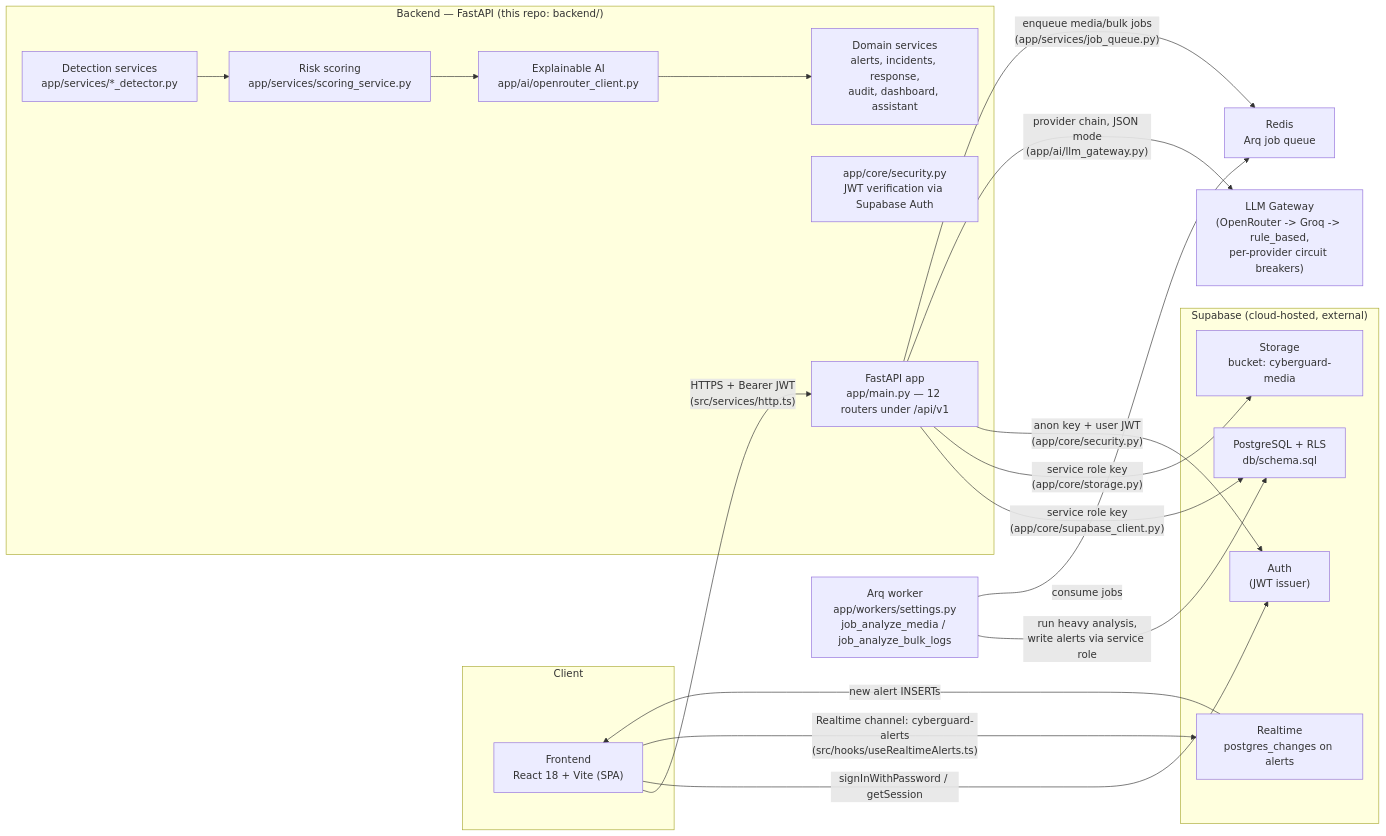
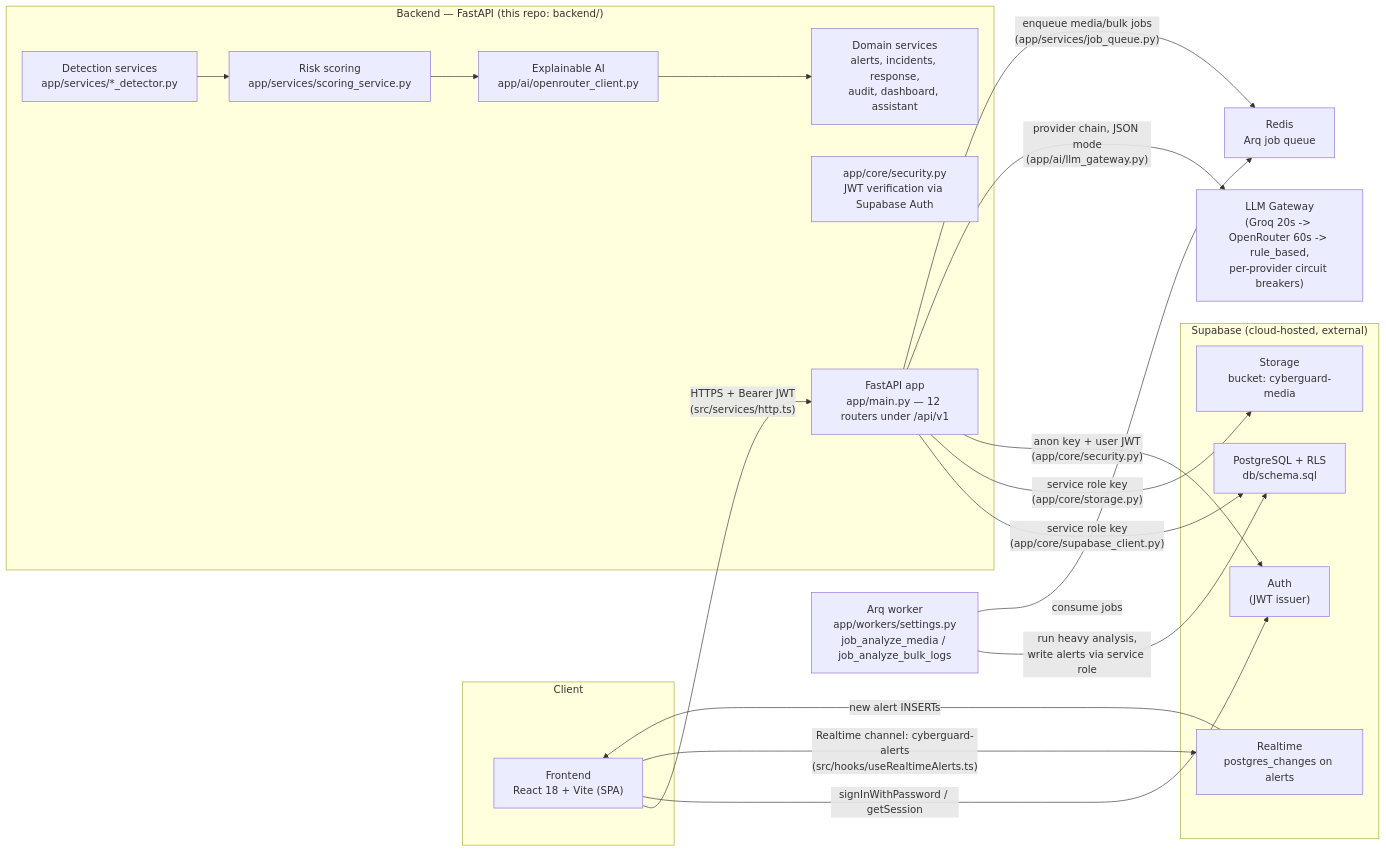
The diagram in backend/docs/architecture.md (chandan000000001/Hack_thon_bput), drawn with Mermaid before and after one commit. The commit also changed other lines of this file and 8 other files, not shown here.

Commit message:
Reorder LLM provider chain: Groq 20s -> OpenRouter 60s -> rule-based (code, env defaults, docs)

````diff
--- a/backend/docs/architecture.md
+++ b/backend/docs/architecture.md
@@ -7,39 +7,39 @@
 ```mermaid
 flowchart LR
     subgraph Client
         FE["Frontend\nReact 18 + Vite (SPA)"]
     end
 
     subgraph Backend["Backend — FastAPI (this repo: backend/)"]
         API["FastAPI app\napp/main.py — 12 routers under /api/v1"]
         SEC["app/core/security.py\nJWT verification via Supabase Auth"]
         DET["Detection services\napp/services/*_detector.py"]
         SCORE["Risk scoring\napp/services/scoring_service.py"]
         XAI["Explainable AI\napp/ai/openrouter_client.py"]
         SVC["Domain services\nalerts, incidents, response,\naudit, dashboard, assistant"]
     end
 
     subgraph Supabase["Supabase (cloud-hosted, external)"]
         AUTH["Auth\n(JWT issuer)"]
         DB["PostgreSQL + RLS\ndb/schema.sql"]
         STO["Storage\nbucket: cyberguard-media"]
         RT["Realtime\npostgres_changes on alerts"]
     end
 
-    LLM["LLM Gateway\n(OpenRouter -> Groq -> rule_based,\nper-provider circuit breakers)"]
+    LLM["LLM Gateway\n(Groq 20s -> OpenRouter 60s -> rule_based,\nper-provider circuit breakers)"]
     REDIS["Redis\nArq job queue"]
     WORKER["Arq worker\napp/workers/settings.py\njob_analyze_media / job_analyze_bulk_logs"]
 
     FE -- "HTTPS + Bearer JWT\n(src/services/http.ts)" --> API
     FE -- "signInWithPassword / getSession" --> AUTH
     FE -- "Realtime channel: cyberguard-alerts\n(src/hooks/useRealtimeAlerts.ts)" --> RT
     API -- "service role key\n(app/core/supabase_client.py)" --> DB
     API -- "service role key\n(app/core/storage.py)" --> STO
     API -- "anon key + user JWT\n(app/core/security.py)" --> AUTH
     API -- "provider chain, JSON mode\n(app/ai/llm_gateway.py)" --> LLM
     API -- "enqueue media/bulk jobs\n(app/services/job_queue.py)" --> REDIS
     WORKER -- "run heavy analysis,\nwrite alerts via service role" --> DB
     WORKER -- "consume jobs" --> REDIS
     DET --> SCORE --> XAI --> SVC
     RT -- "new alert INSERTs" --> FE
 ```
````
